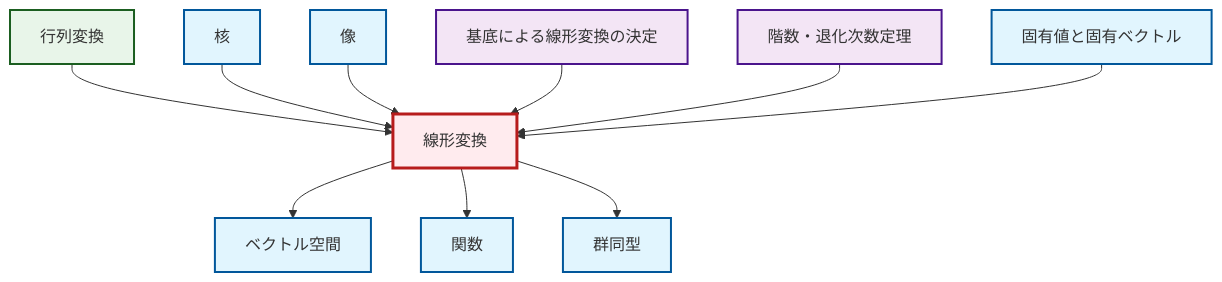
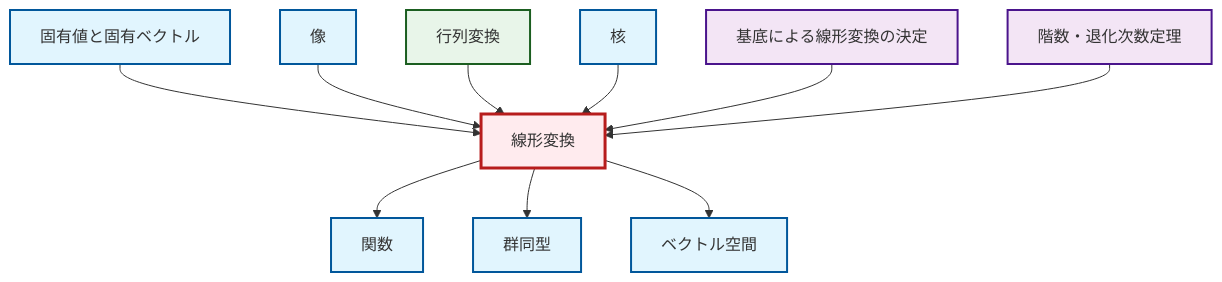
One commit to RK0429/ModernMath changed the diagram in output/mermaid/ja/def-linear-transformation.mermaid. Above: the diagram before and after it, drawn with Mermaid. The commit also changed other lines of this file and 3110 other files, not shown here.

```diff
--- a/output/mermaid/ja/def-linear-transformation.mermaid
+++ b/output/mermaid/ja/def-linear-transformation.mermaid
@@ -1,26 +1,26 @@
 graph TD
     classDef definition fill:#e1f5fe,stroke:#01579b,stroke-width:2px
     classDef theorem fill:#f3e5f5,stroke:#4a148c,stroke-width:2px
     classDef axiom fill:#fff3e0,stroke:#e65100,stroke-width:2px
     classDef example fill:#e8f5e9,stroke:#1b5e20,stroke-width:2px
     classDef current fill:#ffebee,stroke:#b71c1c,stroke-width:3px
+    thm-linear-transformation-basis["基底による線形変換の決定"]:::theorem
+    def-isomorphism["群同型"]:::definition
+    def-kernel["核"]:::definition
+    def-eigenvalue-eigenvector["固有値と固有ベクトル"]:::definition
+    thm-rank-nullity["階数・退化次数定理"]:::theorem
+    def-function["関数"]:::definition
+    ex-matrix-transformation["行列変換"]:::example
     def-vector-space["ベクトル空間"]:::definition
-    def-kernel["核"]:::definition
-    def-function["関数"]:::definition
-    thm-rank-nullity["階数・退化次数定理"]:::theorem
+    def-image["像"]:::definition
     def-linear-transformation["線形変換"]:::definition
-    ex-matrix-transformation["行列変換"]:::example
-    def-isomorphism["群同型"]:::definition
-    thm-linear-transformation-basis["基底による線形変換の決定"]:::theorem
-    def-image["像"]:::definition
-    def-eigenvalue-eigenvector["固有値と固有ベクトル"]:::definition
+    def-eigenvalue-eigenvector --> def-linear-transformation
+    def-linear-transformation --> def-function
+    def-image --> def-linear-transformation
+    def-linear-transformation --> def-isomorphism
     ex-matrix-transformation --> def-linear-transformation
     def-kernel --> def-linear-transformation
-    def-image --> def-linear-transformation
-    def-linear-transformation --> def-vector-space
     thm-linear-transformation-basis --> def-linear-transformation
     thm-rank-nullity --> def-linear-transformation
-    def-linear-transformation --> def-function
-    def-linear-transformation --> def-isomorphism
-    def-eigenvalue-eigenvector --> def-linear-transformation
+    def-linear-transformation --> def-vector-space
     class def-linear-transformation current
```
